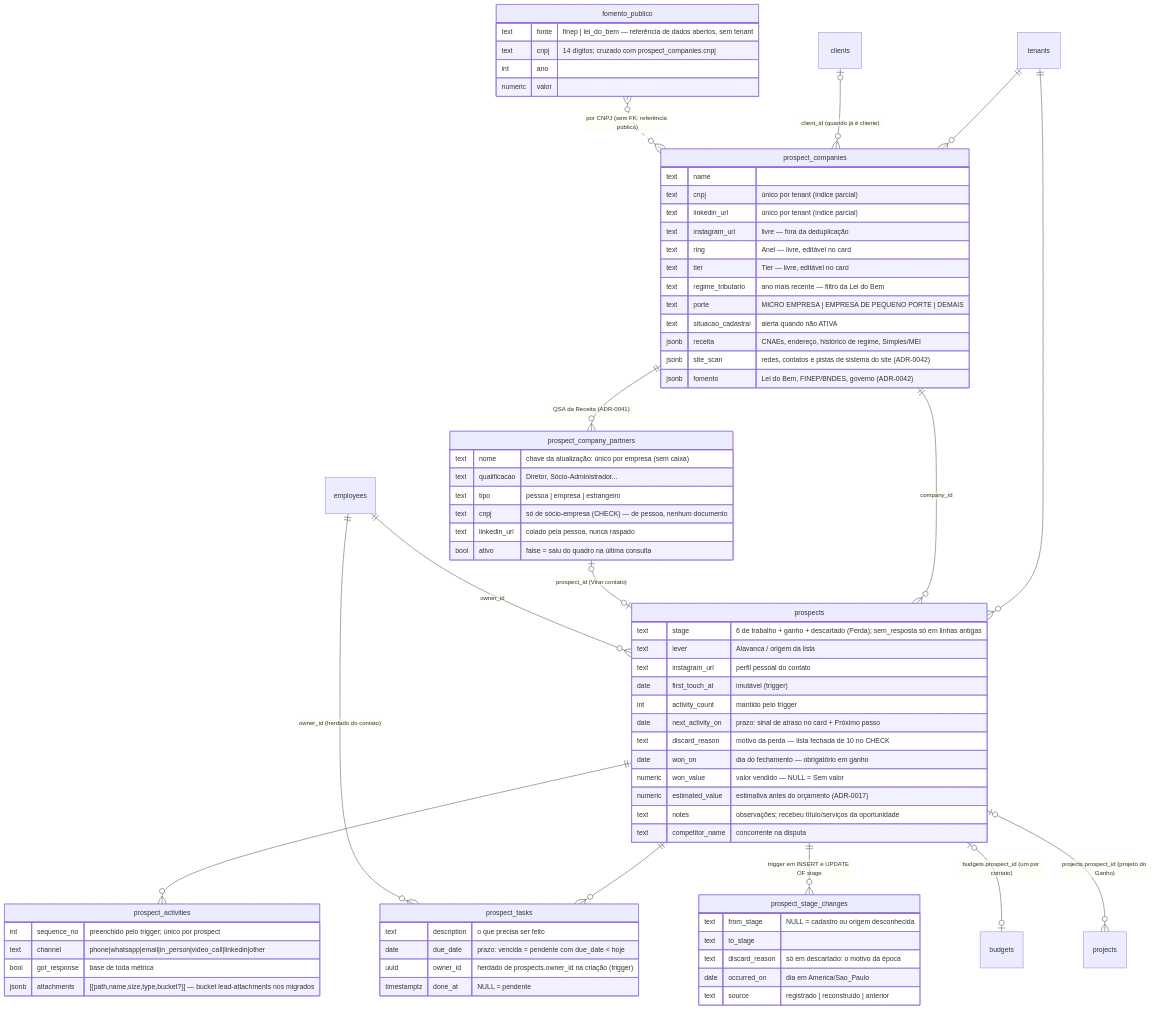
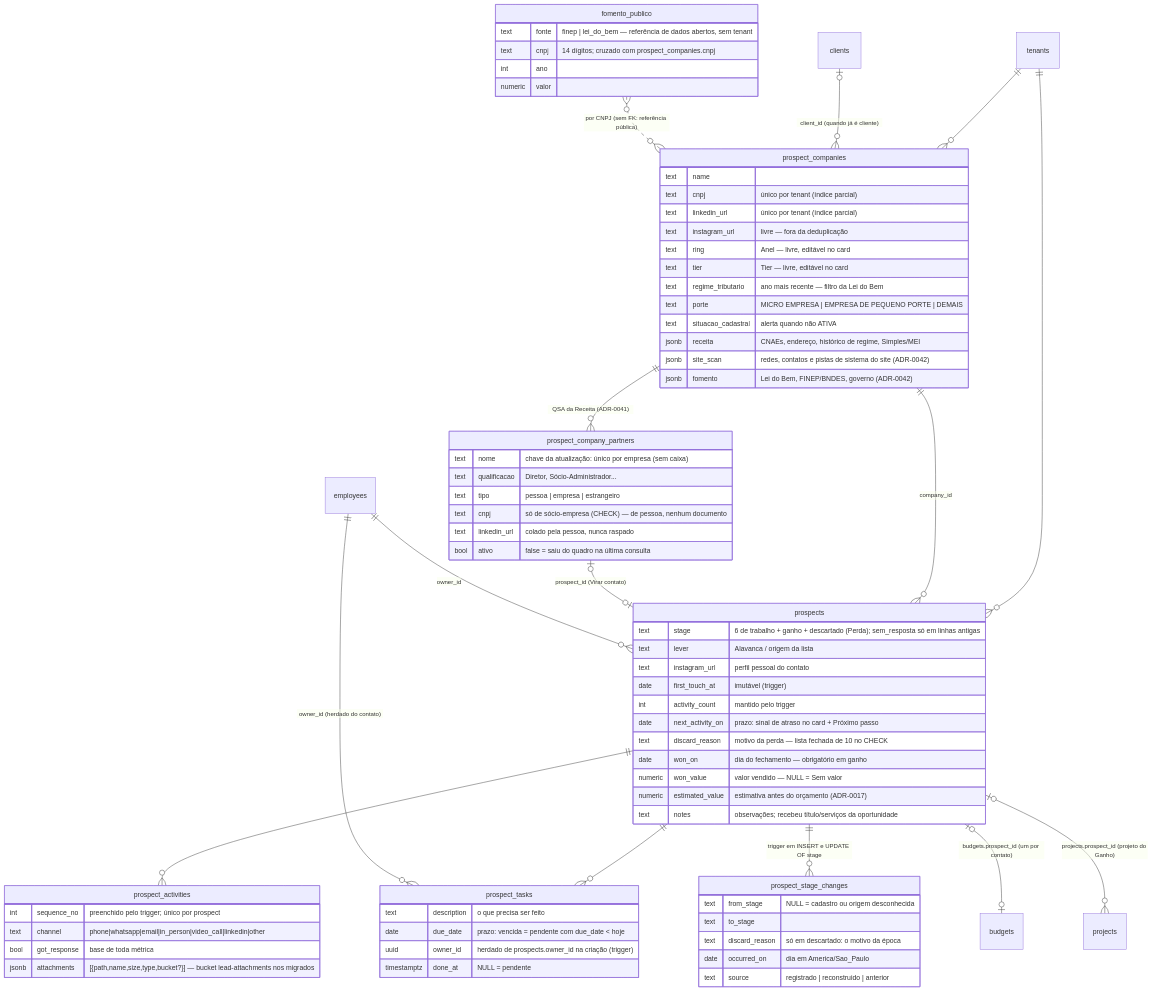
The first of 5 diagrams in .harness/docs/architecture/erd.md (Origami-Lab-Organization/og-pulse), drawn with Mermaid before and after one commit. The commit also changed other lines of this file and 12 other files, not shown here.

Commit message:
fix(prospeccao): remove competitor_name field from contact and update related documentation

````diff
--- a/.harness/docs/architecture/erd.md
+++ b/.harness/docs/architecture/erd.md
@@ -101,79 +104,78 @@
 ```mermaid
 erDiagram
     tenants ||--o{ prospect_companies : ""
     tenants ||--o{ prospects : ""
     clients |o--o{ prospect_companies : "client_id (quando já é cliente)"
     prospect_companies ||--o{ prospects : "company_id"
     prospect_companies ||--o{ prospect_company_partners : "QSA da Receita (ADR-0041)"
     prospect_company_partners |o--o| prospects : "prospect_id (Virar contato)"
     fomento_publico }o..o{ prospect_companies : "por CNPJ (sem FK: referência pública)"
     prospects ||--o{ prospect_activities : ""
     prospects ||--o{ prospect_tasks : ""
     prospects ||--o{ prospect_stage_changes : "trigger em INSERT e UPDATE OF stage"
     employees ||--o{ prospect_tasks : "owner_id (herdado do contato)"
     employees ||--o{ prospects : "owner_id"
     prospects |o--o| budgets : "budgets.prospect_id (um por contato)"
     prospects |o--o{ projects : "projects.prospect_id (projeto do Ganho)"
 
     prospect_companies {
         text name ""
         text cnpj "único por tenant (índice parcial)"
         text linkedin_url "único por tenant (índice parcial)"
         text instagram_url "livre — fora da deduplicação"
         text ring "Anel — livre, editável no card"
         text tier "Tier — livre, editável no card"
         text regime_tributario "ano mais recente — filtro da Lei do Bem"
         text porte "MICRO EMPRESA | EMPRESA DE PEQUENO PORTE | DEMAIS"
         text situacao_cadastral "alerta quando não ATIVA"
         jsonb receita "CNAEs, endereço, histórico de regime, Simples/MEI"
         jsonb site_scan "redes, contatos e pistas de sistema do site (ADR-0042)"
         jsonb fomento "Lei do Bem, FINEP/BNDES, governo (ADR-0042)"
     }
     fomento_publico {
         text fonte "finep | lei_do_bem — referência de dados abertos, sem tenant"
         text cnpj "14 dígitos; cruzado com prospect_companies.cnpj"
         int ano ""
         numeric valor ""
     }
     prospect_company_partners {
         text nome "chave da atualização: único por empresa (sem caixa)"
         text qualificacao "Diretor, Sócio-Administrador..."
         text tipo "pessoa | empresa | estrangeiro"
         text cnpj "só de sócio-empresa (CHECK) — de pessoa, nenhum documento"
         text linkedin_url "colado pela pessoa, nunca raspado"
         bool ativo "false = saiu do quadro na última consulta"
     }
     prospects {
         text stage "6 de trabalho + ganho + descartado (Perda); sem_resposta só em linhas antigas"
         text lever "Alavanca / origem da lista"
         text instagram_url "perfil pessoal do contato"
         date first_touch_at "imutável (trigger)"
         int activity_count "mantido pelo trigger"
         date next_activity_on "prazo: sinal de atraso no card + Próximo passo"
         text discard_reason "motivo da perda — lista fechada de 10 no CHECK"
         date won_on "dia do fechamento — obrigatório em ganho"
         numeric won_value "valor vendido — NULL = Sem valor"
         numeric estimated_value "estimativa antes do orçamento (ADR-0017)"
         text notes "observações; recebeu título/serviços da oportunidade"
-        text competitor_name "concorrente na disputa"
     }
     prospect_activities {
         int sequence_no "preenchido pelo trigger; único por prospect"
         text channel "phone|whatsapp|email|in_person|video_call|linkedin|other"
         bool got_response "base de toda métrica"
         jsonb attachments "[{path,name,size,type,bucket?}] — bucket lead-attachments nos migrados"
     }
     prospect_stage_changes {
         text from_stage "NULL = cadastro ou origem desconhecida"
         text to_stage ""
         text discard_reason "só em descartado: o motivo da época"
         date occurred_on "dia em America/Sao_Paulo"
         text source "registrado | reconstruido | anterior"
     }
     prospect_tasks {
         text description "o que precisa ser feito"
         date due_date "prazo: vencida = pendente com due_date < hoje"
         uuid owner_id "herdado de prospects.owner_id na criação (trigger)"
         timestamptz done_at "NULL = pendente"
     }
 ```
````
